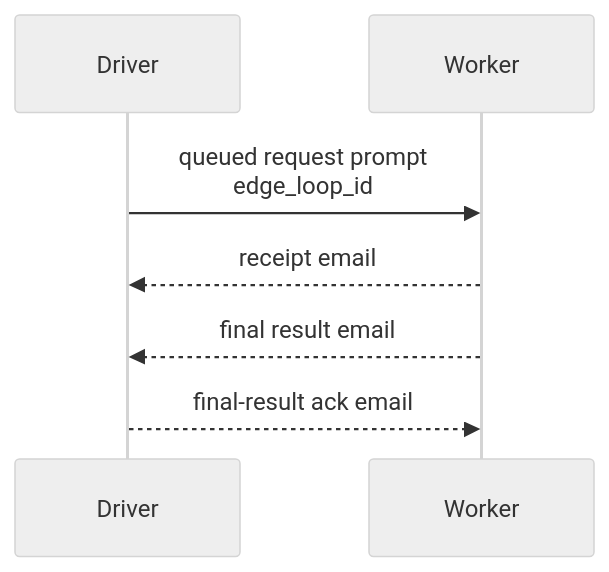
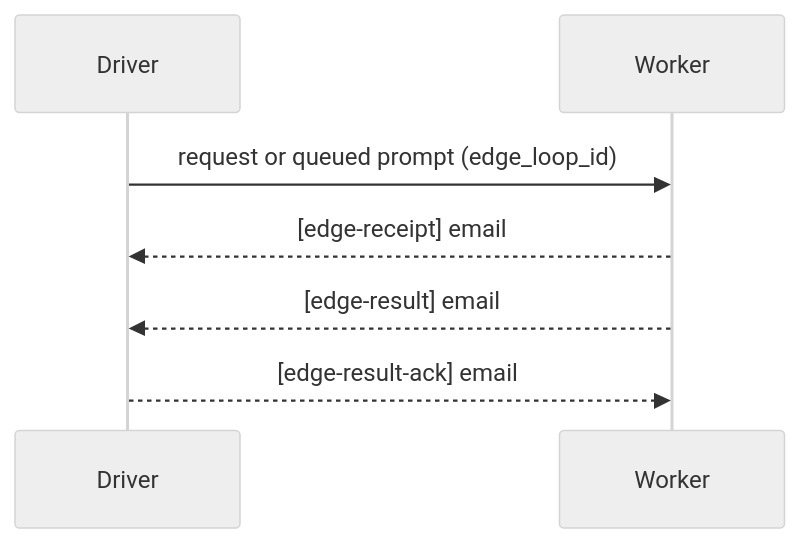
Before and after one commit to igamenovoer/houmao: the diagram in src/houmao/agents/assets/system_skills/public/houmao-shared-routines/subskills/houmao-adv-usage-pattern/commands/pairwise-edge-loop-via-gateway-and-mailbox.md, drawn with Mermaid (neutral theme). The commit also changed other lines of this file and 187 other files, not shown here.

````diff
--- a/src/houmao/agents/assets/system_skills/public/houmao-shared-routines/subskills/houmao-adv-usage-pattern/commands/pairwise-edge-loop-via-gateway-and-mailbox.md
+++ b/src/houmao/agents/assets/system_skills/public/houmao-shared-routines/subskills/houmao-adv-usage-pattern/commands/pairwise-edge-loop-via-gateway-and-mailbox.md
@@ -65,10 +33,10 @@
 ```mermaid
 sequenceDiagram
     participant D as Driver
     participant W as Worker
 
-    D->>W: queued request prompt<br/>edge_loop_id
-    W-->>D: receipt email
-    W-->>D: final result email
-    D-->>W: final-result ack email
+    D->>W: request or queued prompt (edge_loop_id)
+    W-->>D: [edge-receipt] email
+    W-->>D: [edge-result] email
+    D-->>W: [edge-result-ack] email
 ```
````
